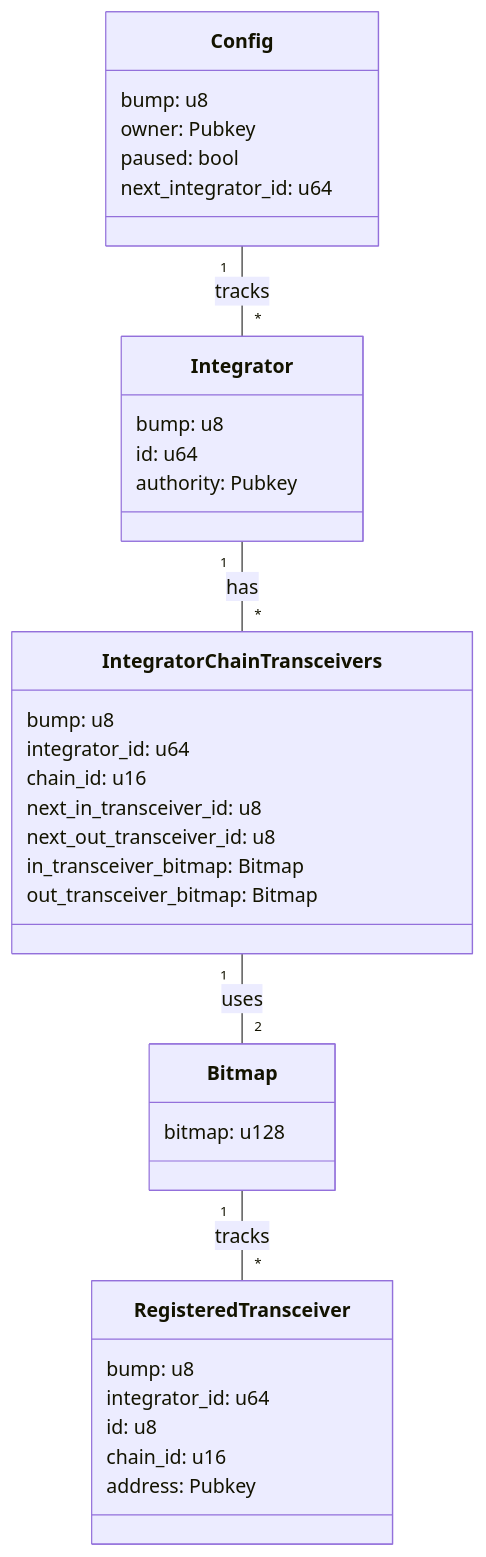
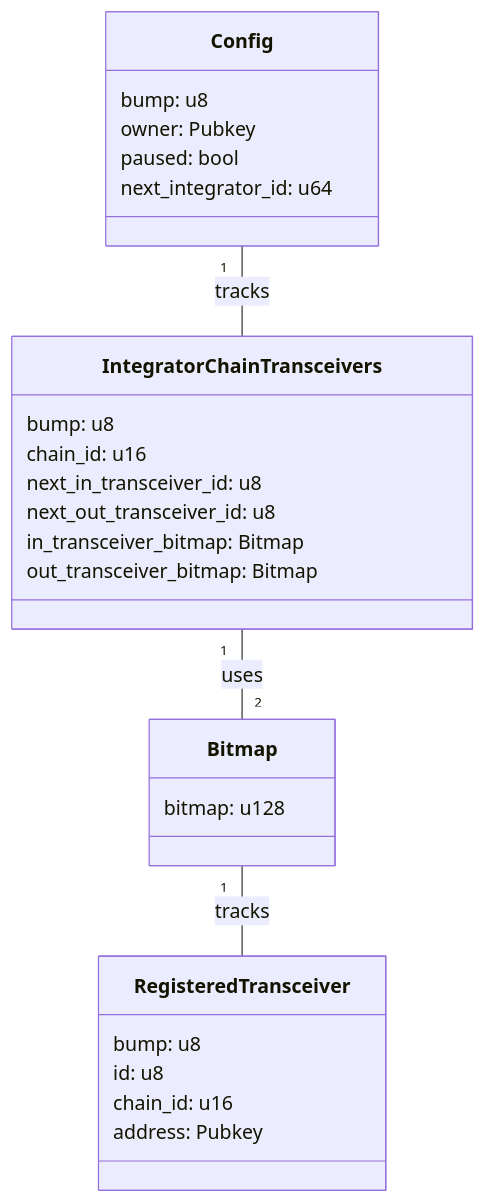
The diagram in svm/programs/router/README.md (wormholelabs-xyz/example-messaging-endpoint), drawn with Mermaid before and after one commit. The commit also changed other lines of this file, not shown here.

Commit message:
solana: remove integrator from readme

````diff
--- a/svm/programs/router/README.md
+++ b/svm/programs/router/README.md
@@ -5,42 +5,33 @@
 ```mermaid
 classDiagram
     class Config {
         bump: u8
         owner: Pubkey
         paused: bool
         next_integrator_id: u64
     }
 
-    class Integrator {
-        bump: u8
-        id: u64
-        authority: Pubkey
-    }
-
     class IntegratorChainTransceivers {
         bump: u8
-        integrator_id: u64
         chain_id: u16
         next_in_transceiver_id: u8
         next_out_transceiver_id: u8
         in_transceiver_bitmap: Bitmap
         out_transceiver_bitmap: Bitmap
     }
 
     class RegisteredTransceiver {
         bump: u8
-        integrator_id: u64
         id: u8
         chain_id: u16
         address: Pubkey
     }
 
     class Bitmap {
         bitmap: u128
     }
 
-    Config "1" -- "*" Integrator : tracks
-    Integrator "1" -- "*" IntegratorChainTransceivers : has
+    Config "1" -- "" IntegratorChainTransceivers : tracks
     IntegratorChainTransceivers "1" -- "2" Bitmap : uses
-    Bitmap "1" -- "*" RegisteredTransceiver : tracks
+    Bitmap "1" -- "" RegisteredTransceiver : tracks
 ```
````
